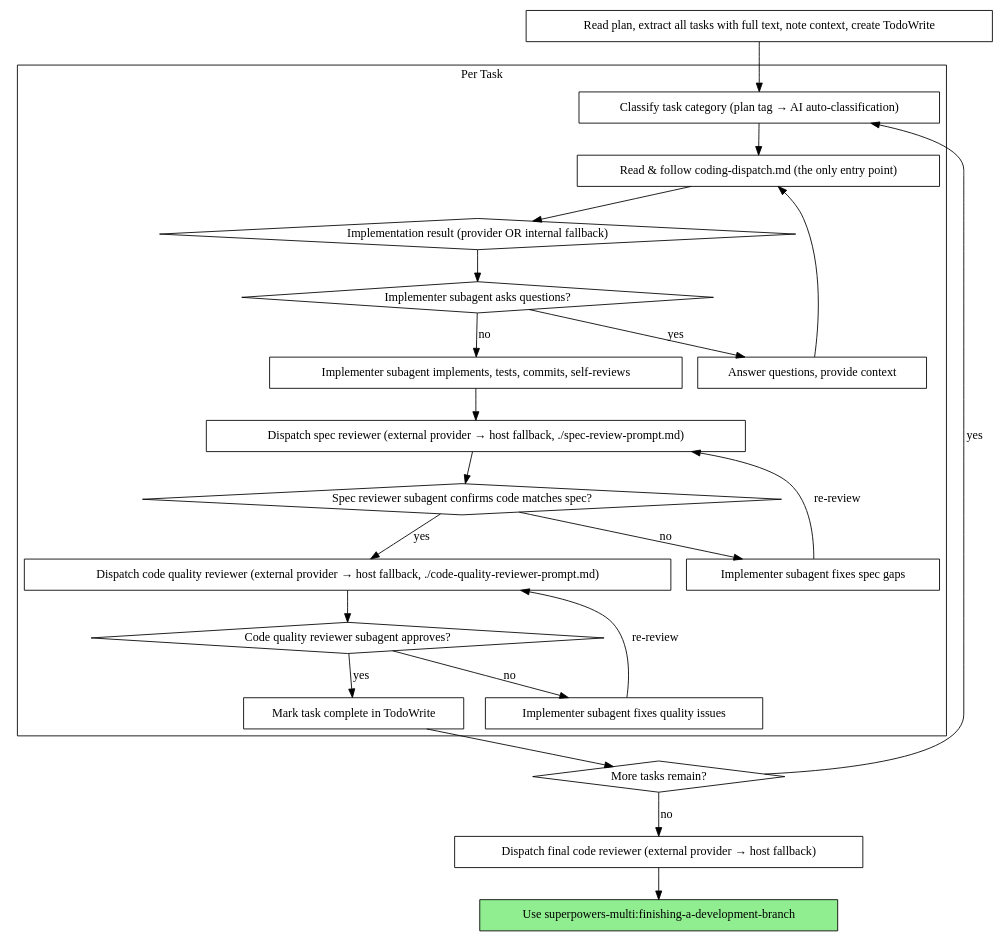
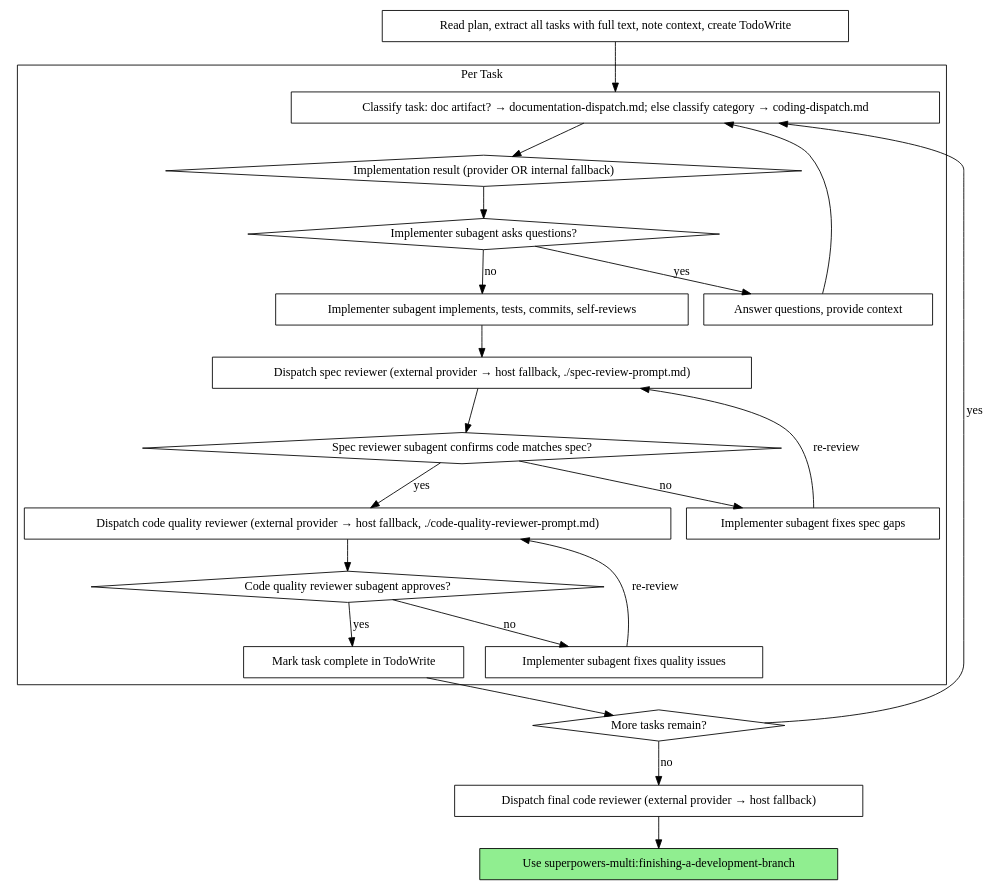
The second of 2 diagrams in skills/subagent-driven-development/SKILL.md (undrthemt/superpowers-multi), drawn with Graphviz before and after one commit. The commit also changed other lines of this file and 13 other files, not shown here.

First line of the commit message:
feat: documentation provider dispatch (5.0.13) (#11)

````diff
--- a/skills/subagent-driven-development/SKILL.md
+++ b/skills/subagent-driven-development/SKILL.md
@@ -89,48 +101,46 @@
 ```dot
 digraph process {
     rankdir=TB;
 
     subgraph cluster_per_task {
         label="Per Task";
-        "Classify task category (plan tag → AI auto-classification)" [shape=box];
-        "Read & follow coding-dispatch.md (the only entry point)" [shape=box];
+        "Classify task: doc artifact? → documentation-dispatch.md; else classify category → coding-dispatch.md" [shape=box];
         "Implementation result (provider OR internal fallback)" [shape=diamond];
         "Implementer subagent asks questions?" [shape=diamond];
         "Answer questions, provide context" [shape=box];
         "Implementer subagent implements, tests, commits, self-reviews" [shape=box];
         "Dispatch spec reviewer (external provider → host fallback, ./spec-review-prompt.md)" [shape=box];
         "Spec reviewer subagent confirms code matches spec?" [shape=diamond];
         "Implementer subagent fixes spec gaps" [shape=box];
         "Dispatch code quality reviewer (external provider → host fallback, ./code-quality-reviewer-prompt.md)" [shape=box];
         "Code quality reviewer subagent approves?" [shape=diamond];
         "Implementer subagent fixes quality issues" [shape=box];
         "Mark task complete in TodoWrite" [shape=box];
     }
 
     "Read plan, extract all tasks with full text, note context, create TodoWrite" [shape=box];
     "More tasks remain?" [shape=diamond];
     "Dispatch final code reviewer (external provider → host fallback)" [shape=box];
     "Use superpowers-multi:finishing-a-development-branch" [shape=box style=filled fillcolor=lightgreen];
 
-    "Read plan, extract all tasks with full text, note context, create TodoWrite" -> "Classify task category (plan tag → AI auto-classification)";
-    "Classify task category (plan tag → AI auto-classification)" -> "Read & follow coding-dispatch.md (the only entry point)";
-    "Read & follow coding-dispatch.md (the only entry point)" -> "Implementation result (provider OR internal fallback)";
+    "Read plan, extract all tasks with full text, note context, create TodoWrite" -> "Classify task: doc artifact? → documentation-dispatch.md; else classify category → coding-dispatch.md";
+    "Classify task: doc artifact? → documentation-dispatch.md; else classify category → coding-dispatch.md" -> "Implementation result (provider OR internal fallback)";
     "Implementation result (provider OR internal fallback)" -> "Implementer subagent asks questions?";
     "Implementer subagent asks questions?" -> "Answer questions, provide context" [label="yes"];
-    "Answer questions, provide context" -> "Read & follow coding-dispatch.md (the only entry point)";
+    "Answer questions, provide context" -> "Classify task: doc artifact? → documentation-dispatch.md; else classify category → coding-dispatch.md";
     "Implementer subagent asks questions?" -> "Implementer subagent implements, tests, commits, self-reviews" [label="no"];
     "Implementer subagent implements, tests, commits, self-reviews" -> "Dispatch spec reviewer (external provider → host fallback, ./spec-review-prompt.md)";
     "Dispatch spec reviewer (external provider → host fallback, ./spec-review-prompt.md)" -> "Spec reviewer subagent confirms code matches spec?";
     "Spec reviewer subagent confirms code matches spec?" -> "Implementer subagent fixes spec gaps" [label="no"];
     "Implementer subagent fixes spec gaps" -> "Dispatch spec reviewer (external provider → host fallback, ./spec-review-prompt.md)" [label="re-review"];
     "Spec reviewer subagent confirms code matches spec?" -> "Dispatch code quality reviewer (external provider → host fallback, ./code-quality-reviewer-prompt.md)" [label="yes"];
     "Dispatch code quality reviewer (external provider → host fallback, ./code-quality-reviewer-prompt.md)" -> "Code quality reviewer subagent approves?";
     "Code quality reviewer subagent approves?" -> "Implementer subagent fixes quality issues" [label="no"];
     "Implementer subagent fixes quality issues" -> "Dispatch code quality reviewer (external provider → host fallback, ./code-quality-reviewer-prompt.md)" [label="re-review"];
     "Code quality reviewer subagent approves?" -> "Mark task complete in TodoWrite" [label="yes"];
     "Mark task complete in TodoWrite" -> "More tasks remain?";
-    "More tasks remain?" -> "Classify task category (plan tag → AI auto-classification)" [label="yes"];
+    "More tasks remain?" -> "Classify task: doc artifact? → documentation-dispatch.md; else classify category → coding-dispatch.md" [label="yes"];
     "More tasks remain?" -> "Dispatch final code reviewer (external provider → host fallback)" [label="no"];
     "Dispatch final code reviewer (external provider → host fallback)" -> "Use superpowers-multi:finishing-a-development-branch";
 }
 ```
````
